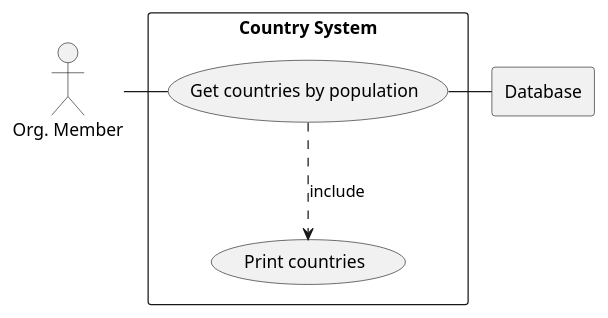
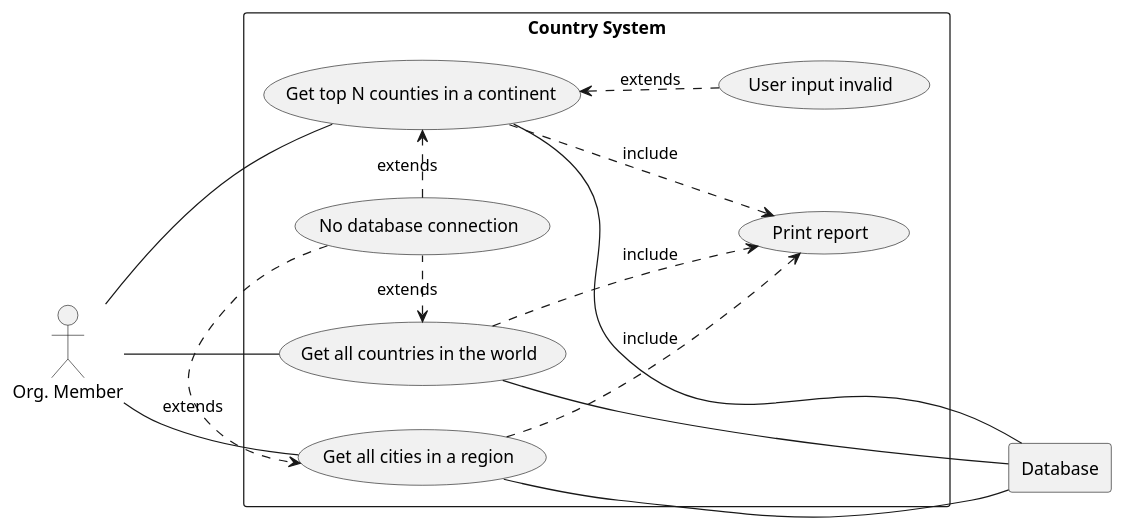
One commit to NikitaEdin/SET08103_2024-5 changed the diagram in DOCS/UseCase/Diagrams/Country System.puml. Above: the diagram before and after it, drawn with PlantUML. The commit also changed 15 other files, not shown here.

Commit message:
Use cases and use case diagrams finished

```diff
--- a/DOCS/UseCase/Diagrams/Country System.puml
+++ b/DOCS/UseCase/Diagrams/Country System.puml
@@ -1,17 +1,36 @@
 @startuml
-
+left to right direction
 actor mem as "Org. Member"
 
 rectangle Database
 
 rectangle "Country System" {
-    usecase UC1 as "Get countries by population"
 
-    usecase UCa as "Print countries"
+        usecase UC1 as "Get all countries in the world"
+        usecase UC2 as "Get top N counties in a continent"
+        usecase UC3 as "Get all cities in a region"
+        usecase UC4 as "Print report"
 
-    mem - UC1
-    UC1 ..> UCa : include
-    UC1 - Database
+        usecase UCa as "User input invalid"
+        usecase UCb as "No database connection"
+
+        mem -- UC1
+        mem -- UC2
+        mem -- UC3
+
+        UC1 --- Database
+        UC2 --- Database
+        UC3 --- Database
+
+        UC1 ..> UC4 : include
+        UC2 ..> UC4 : include
+        UC3 ..> UC4 : include
+
+        UC2 <.. UCa : extends
+        UC1 <. UCb : extends
+        UCb .> UC2 : extends
+        UCb .> UC3 : extends
+
 }
 
 @enduml
```
